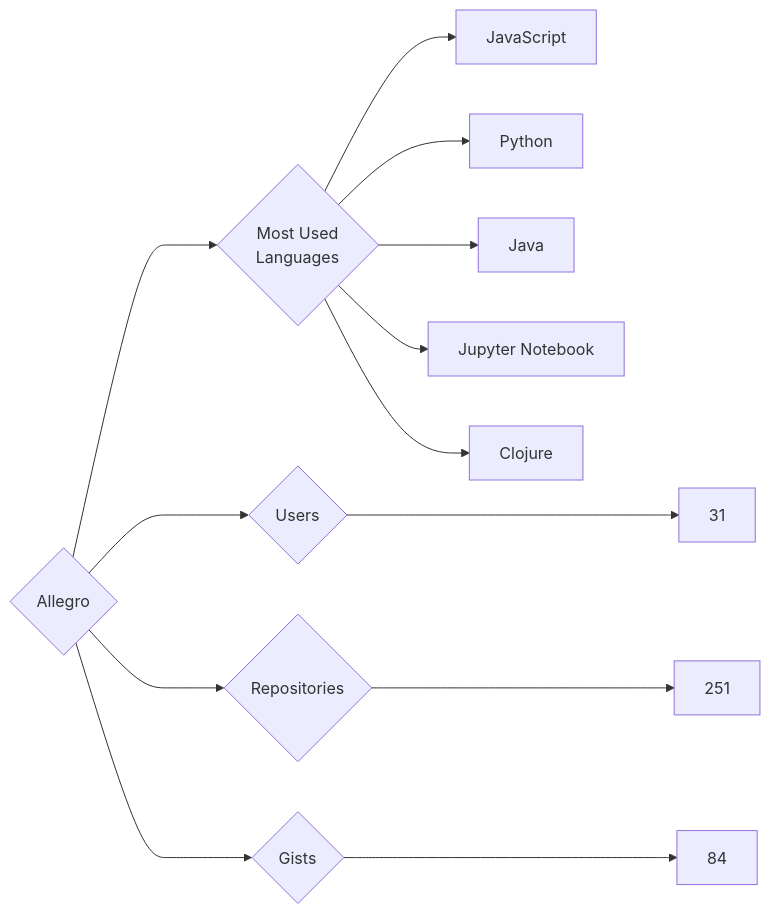
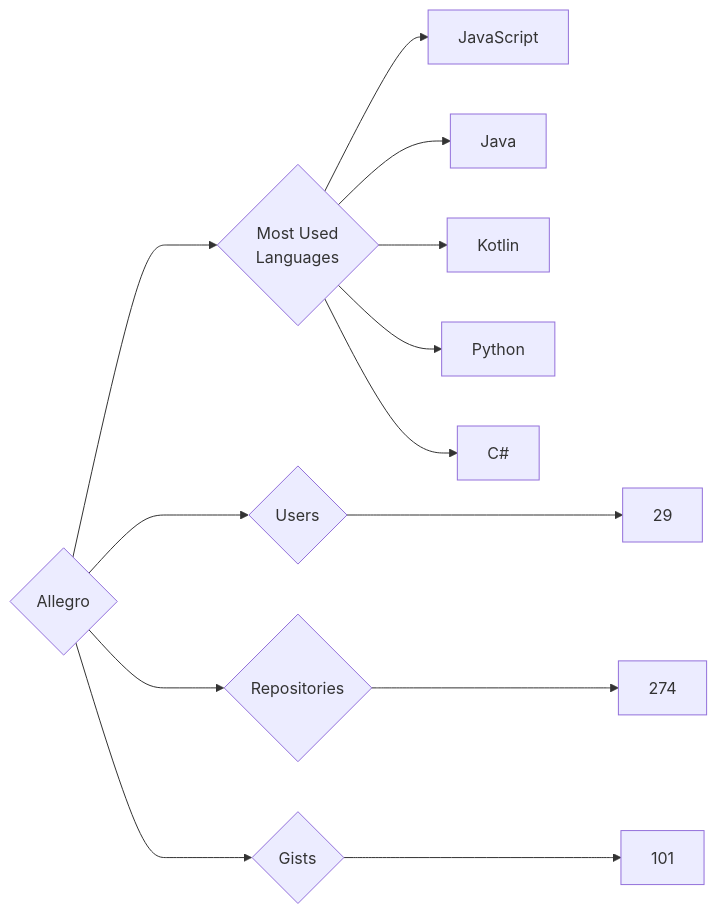
The diagram in targets/Allegro/README.md (trickest/insiders), drawn with Mermaid before and after one commit. The commit also changed 699 other files, not shown here.

````diff
--- a/targets/Allegro/README.md
+++ b/targets/Allegro/README.md
@@ -3,13 +3,13 @@
 ```mermaid
 graph LR
 COMPANY_NAME{Allegro}
-COMPANY_NAME ---> U{Users} ---> UN[31]
-COMPANY_NAME ---> R{Repositories} ---> RN[251]
-COMPANY_NAME ---> G{Gists} ---> GN[84]
+COMPANY_NAME ---> U{Users} ---> UN[29]
+COMPANY_NAME ---> R{Repositories} ---> RN[274]
+COMPANY_NAME ---> G{Gists} ---> GN[101]
 COMPANY_NAME ---> ML{Most Used<br>Languages}
 ML --> JavaScript[JavaScript]
+ML --> Java[Java]
+ML --> Kotlin[Kotlin]
 ML --> Python[Python]
-ML --> Java[Java]
-ML --> Jupyter_Notebook[Jupyter Notebook]
-ML --> Clojure[Clojure]
+ML --> C#[C#]
 ```
````
